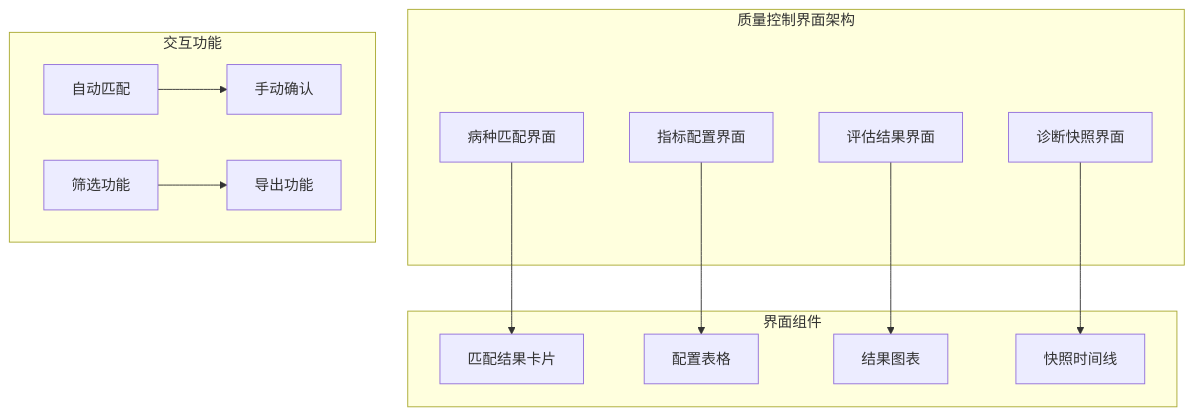
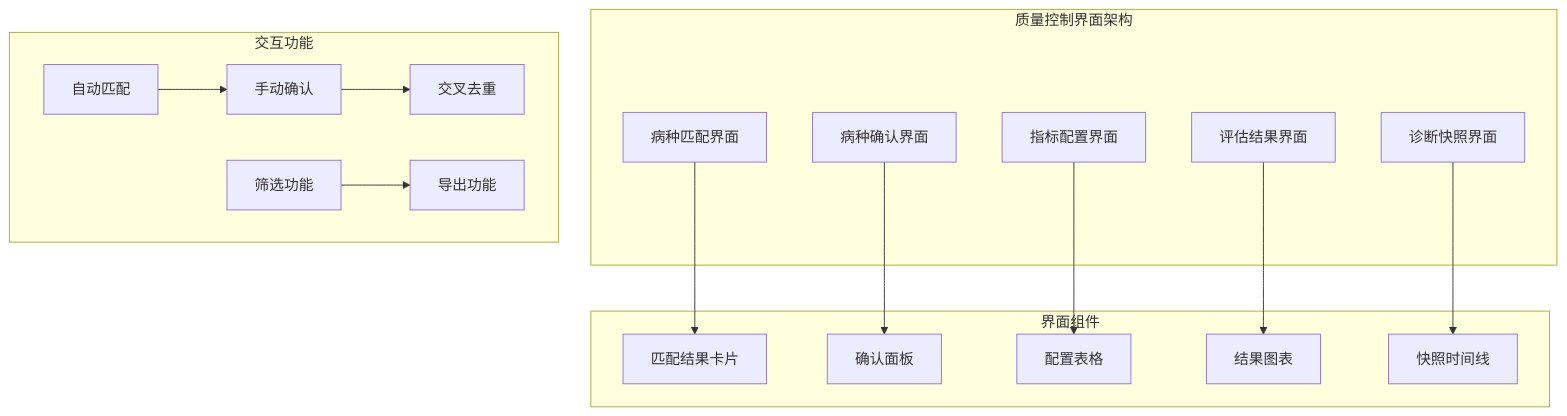
Diagram 15 of 18 in .qoder/repowiki/zh/content/Update Summary/Update Summary.md (liuzh2008/med_ai_assistant_workspace), drawn with Mermaid before and after one commit. The commit also changed other lines of this file and 5 other files, not shown here.

````diff
--- a/.qoder/repowiki/zh/content/Update Summary/Update Summary.md
+++ b/.qoder/repowiki/zh/content/Update Summary/Update Summary.md
@@ -1028,27 +1235,32 @@
 ```mermaid
 graph TB
 subgraph "质量控制界面架构"
 DiseaseMatch[病种匹配界面]
+DiseaseConfirm[病种确认界面]
 IndicatorConfig[指标配置界面]
 AssessmentResult[评估结果界面]
 DiagnosisSnapshot[诊断快照界面]
 end
 subgraph "界面组件"
 MatchCard[匹配结果卡片]
+ConfirmPanel[确认面板]
 ConfigTable[配置表格]
 ResultChart[结果图表]
 SnapshotTimeline[快照时间线]
 end
 subgraph "交互功能"
 AutoMatch[自动匹配]
 ManualConfirm[手动确认]
+CrossDeletion[交叉去重]
 Filter[筛选功能]
 Export[导出功能]
 end
 DiseaseMatch --> MatchCard
+DiseaseConfirm --> ConfirmPanel
 IndicatorConfig --> ConfigTable
 AssessmentResult --> ResultChart
 DiagnosisSnapshot --> SnapshotTimeline
 AutoMatch --> ManualConfirm
+ManualConfirm --> CrossDeletion
 Filter --> Export
 ```
````
